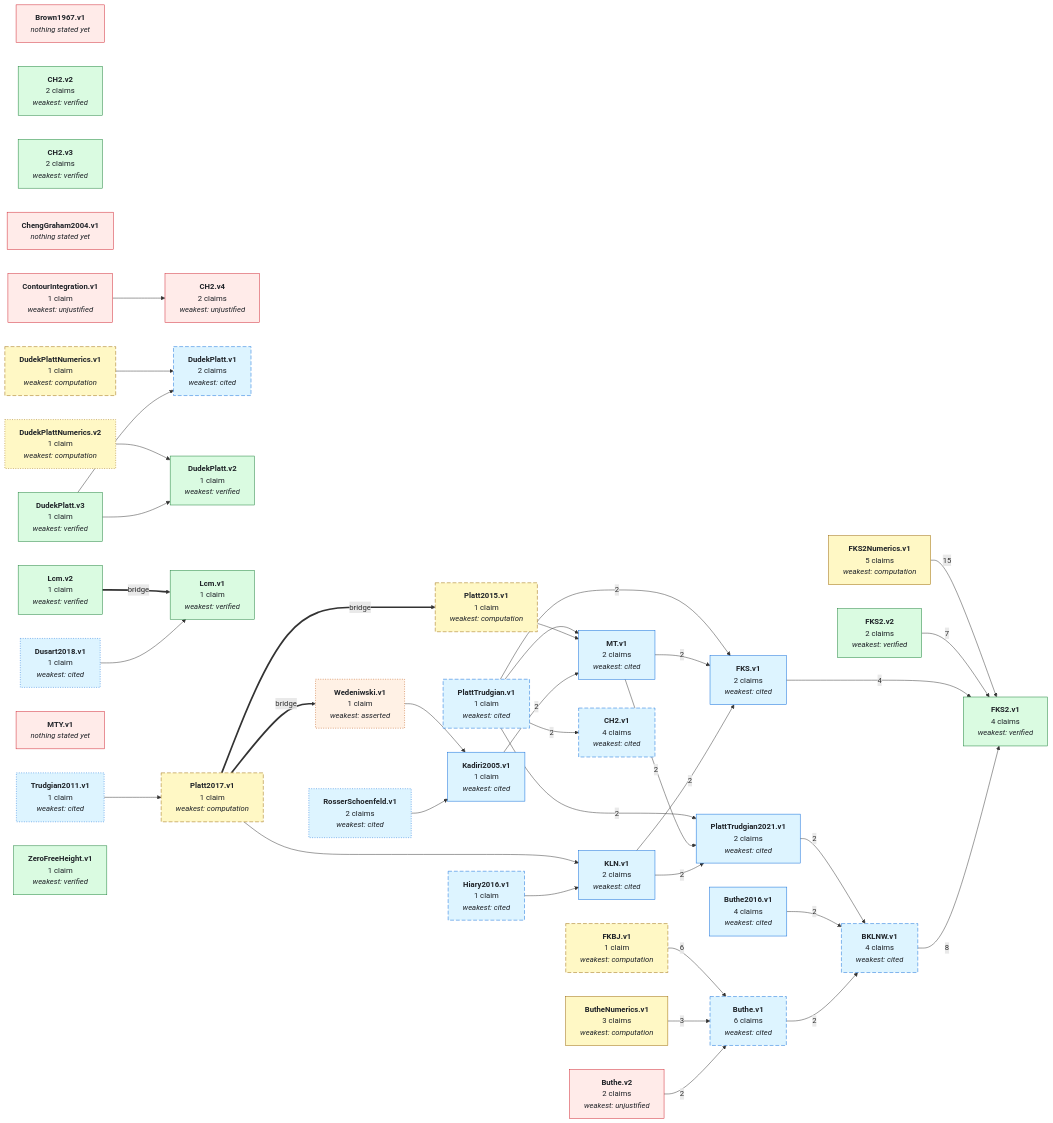
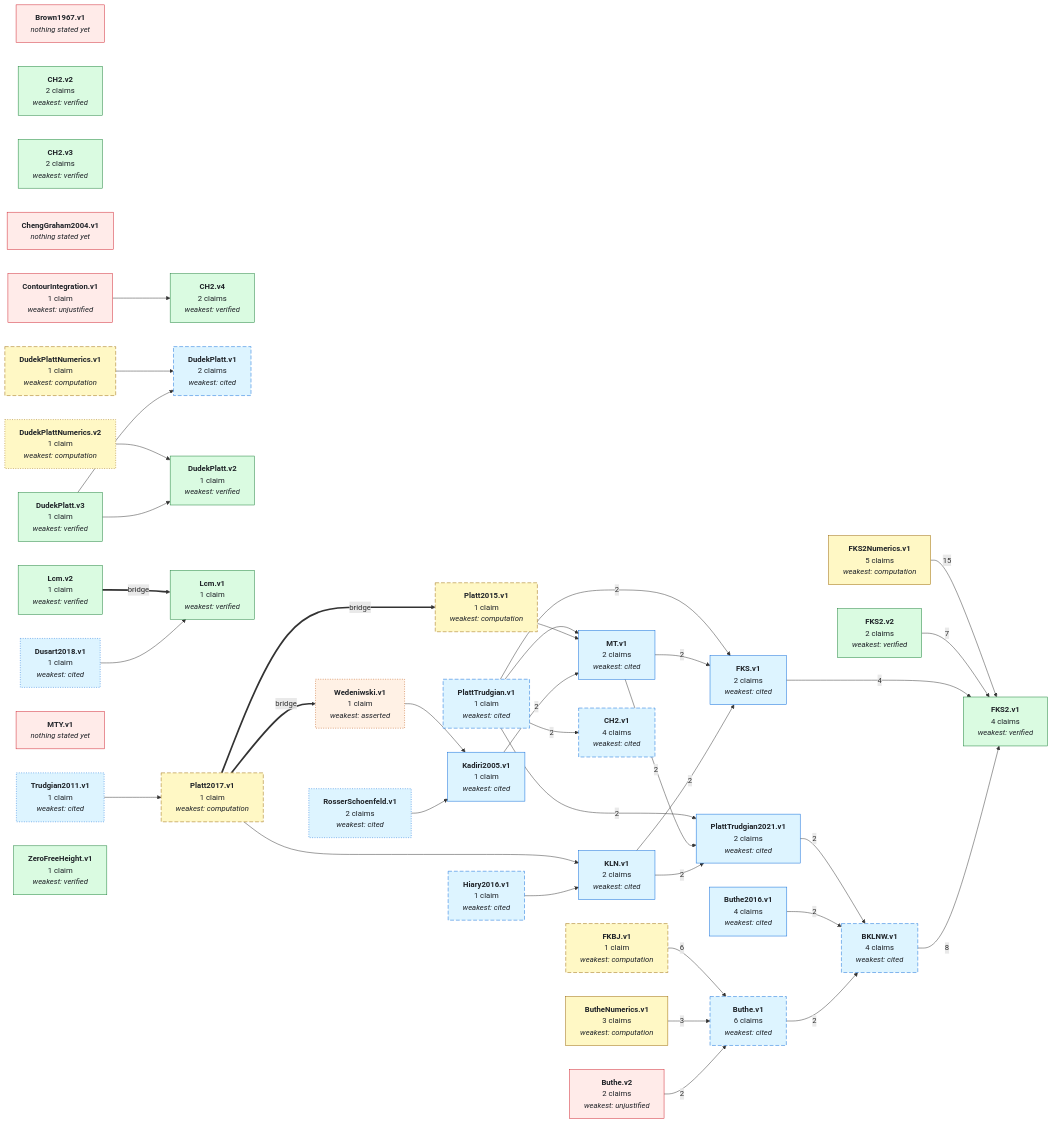
Before and after one commit to teorth/IEANTN: the first of 2 diagrams in GRAPH.md, drawn with Mermaid. The commit also changed other lines of this file and 6 other files, not shown here.

```diff
--- a/GRAPH.md
+++ b/GRAPH.md
@@ -61,7 +61,7 @@
   NCH2_v1["<b>CH2.v1</b><br/>4 claims<br/><i>weakest: cited</i>"]
   NCH2_v2["<b>CH2.v2</b><br/>2 claims<br/><i>weakest: verified</i>"]
   NCH2_v3["<b>CH2.v3</b><br/>2 claims<br/><i>weakest: verified</i>"]
-  NCH2_v4["<b>CH2.v4</b><br/>2 claims<br/><i>weakest: unjustified</i>"]
+  NCH2_v4["<b>CH2.v4</b><br/>2 claims<br/><i>weakest: verified</i>"]
   NChengGraham2004_v1["<b>ChengGraham2004.v1</b><br/><i>nothing stated yet</i>"]
   NContourIntegration_v1["<b>ContourIntegration.v1</b><br/>1 claim<br/><i>weakest: unjustified</i>"]
   NDudekPlatt_v1["<b>DudekPlatt.v1</b><br/>2 claims<br/><i>weakest: cited</i>"]
@@ -139,11 +139,11 @@
   style NRosserSchoenfeld_v1 stroke-dasharray: 2 3;
   style NTrudgian2011_v1 stroke-dasharray: 2 3;
   style NWedeniwski_v1 stroke-dasharray: 2 3;
-  class NBrown1967_v1,NButhe_v2,NCH2_v4,NChengGraham2004_v1,NContourIntegration_v1,NMTY_v1 none_yet;
+  class NBrown1967_v1,NButhe_v2,NChengGraham2004_v1,NContourIntegration_v1,NMTY_v1 none_yet;
   class NWedeniwski_v1 asserted;
   class NBKLNW_v1,NButhe_v1,NButhe2016_v1,NCH2_v1,NDudekPlatt_v1,NDusart2018_v1,NFKS_v1,NHiary2016_v1,NKLN_v1,NKadiri2005_v1,NMT_v1,NPlattTrudgian_v1,NPlattTrudgian2021_v1,NRosserSchoenfeld_v1,NTrudgian2011_v1 literature;
   class NButheNumerics_v1,NDudekPlattNumerics_v1,NDudekPlattNumerics_v2,NFKBJ_v1,NFKS2Numerics_v1,NPlatt2015_v1,NPlatt2017_v1 numerical;
-  class NCH2_v2,NCH2_v3,NDudekPlatt_v2,NDudekPlatt_v3,NFKS2_v1,NFKS2_v2,NLcm_v1,NLcm_v2,NZeroFreeHeight_v1 lean_comparator;
+  class NCH2_v2,NCH2_v3,NCH2_v4,NDudekPlatt_v2,NDudekPlatt_v3,NFKS2_v1,NFKS2_v2,NLcm_v1,NLcm_v2,NZeroFreeHeight_v1 lean_comparator;
   click NBKLNW_v1 href "https://github.com/teorth/IEANTN/blob/main/docs/nodes/BKLNW-v1.md" _blank
   click NButhe_v1 href "https://github.com/teorth/IEANTN/blob/main/docs/nodes/Buthe-v1.md" _blank
   click NButhe_v2 href "https://github.com/teorth/IEANTN/blob/main/docs/nodes/Buthe-v2.md" _blank
```
